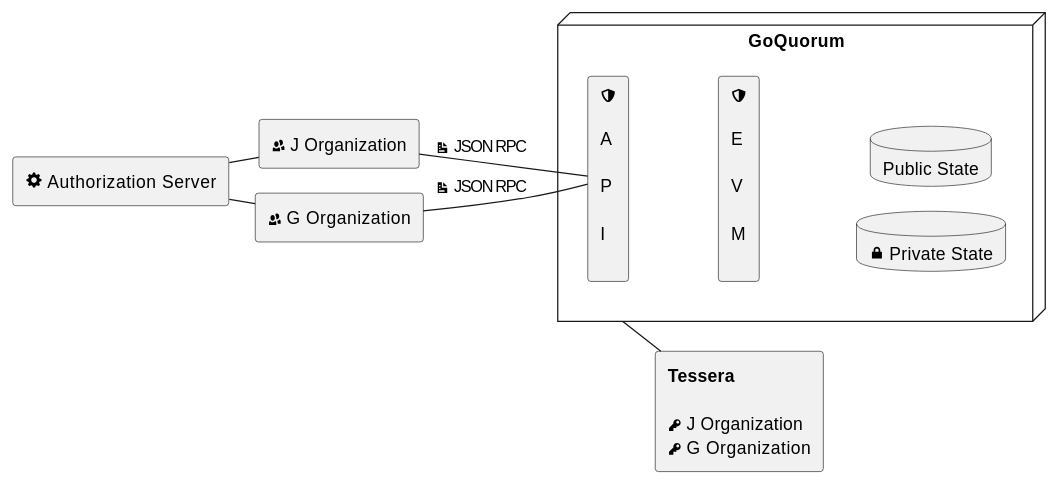
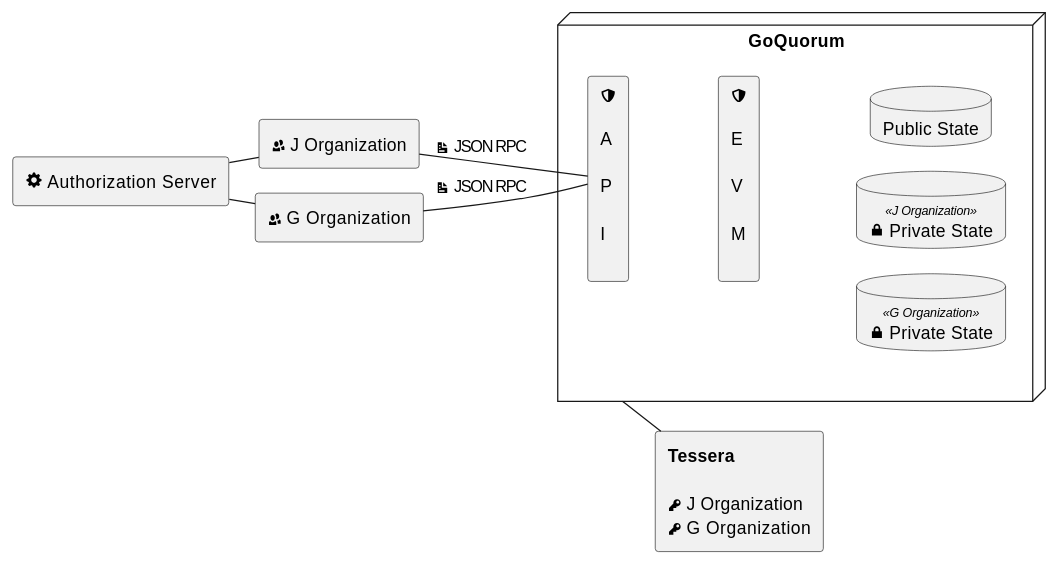
Before and after one commit to Consensys/doc.goquorum: the diagram in docs/Concepts/Multitenancy/Overview.md, drawn with PlantUML. The commit also changed other lines of this file and 3 other files, not shown here.

````diff
--- a/docs/Concepts/Multitenancy/Overview.md
+++ b/docs/Concepts/Multitenancy/Overview.md
@@ -16,39 +11,44 @@
 ```plantuml
 skinparam shadowing false
 skinparam monochrome true
 skinparam nodesep 20
 skinparam ranksep 20
+skinparam database {
+StereotypeFontSize 10
+}
 scale 1.0
 
 left to right direction
 
 rectangle "<&people> J Organization" as ta
 rectangle "<&people> G Organization" as tb
 
 node "GoQuorum" as goquorum {
   rectangle "<size:16><&shield></size>\n\nA\n\nP\n\nI\n" as api
   rectangle "<size:16><&shield></size>\n\nE\n\nV\n\nM\n" as evm
   together {
     database "Public State" as publicstate {
     }
-    database "<size:16><&lock-locked></size> Private State" as privatestate {
+    database "<size:16><&lock-locked></size> Private State" << J Organization >> as privatestateJ {
+    }
+    database "<size:16><&lock-locked></size> Private State" << G Organization >> as privatestateG {
     }
   }
 }
 
 api -[hidden]- evm
 evm -[hidden]- publicstate
 
 rectangle "<b>Tessera</b>\n\n<&key> J Organization\n<&key> G Organization" as tessera
 
 rectangle "<size:18><&cog></size> Authorization Server" as authServer
 
 
 ta -- api: <&document> JSON RPC
 tb -- api: <&document> JSON RPC
 
 authServer -- ta
 authServer -- tb
 
 goquorum -- tessera
 ```
````
